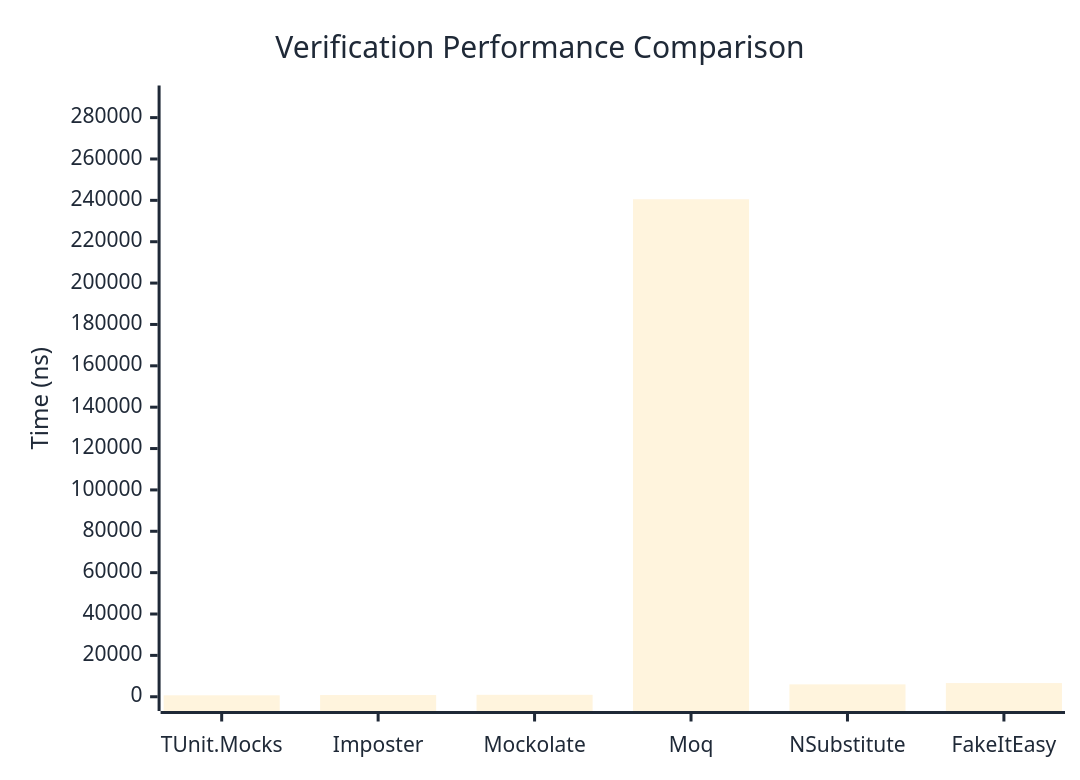
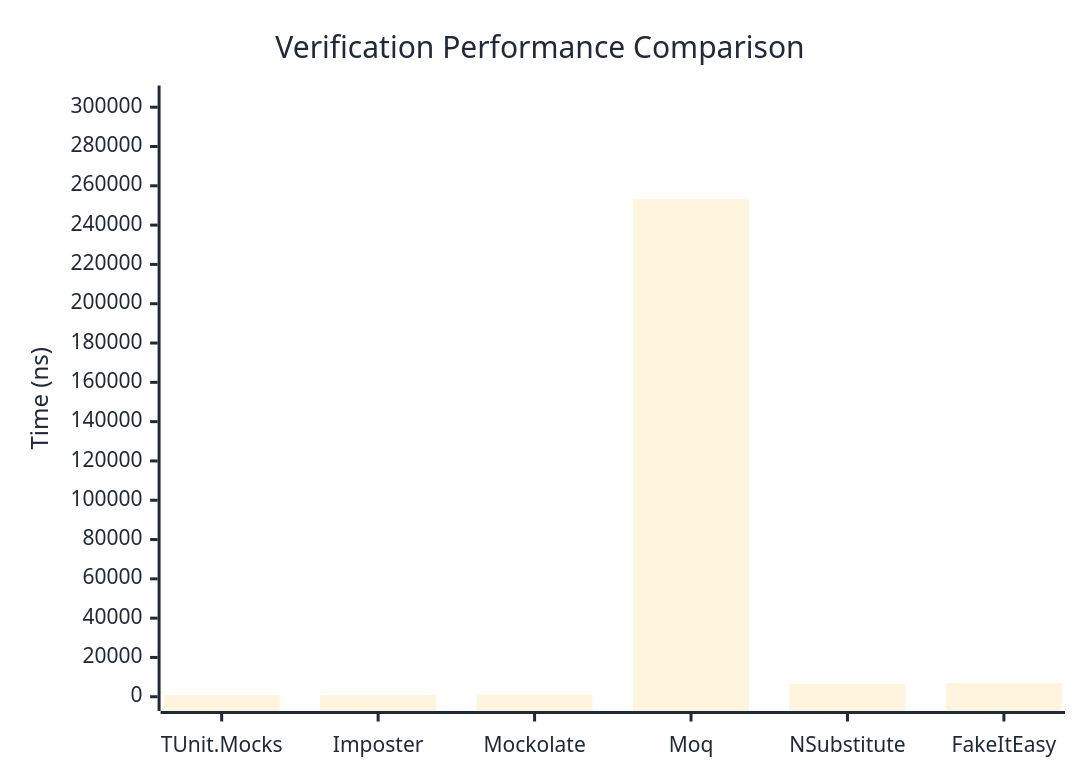
One commit to thomhurst/TUnit changed the first of 3 diagrams in docs/docs/benchmarks/mocks/Verification.md. Above: the diagram before and after it, drawn with Mermaid. The commit also changed other lines of this file and 14 other files, not shown here.

````diff
--- a/docs/docs/benchmarks/mocks/Verification.md
+++ b/docs/docs/benchmarks/mocks/Verification.md
@@ -28,27 +28,27 @@
 ```mermaid
 %%{init: {
   'theme':'base',
   'themeVariables': {
     'primaryColor': '#2563eb',
     'primaryTextColor': '#1f2937',
     'primaryBorderColor': '#1e40af',
     'lineColor': '#6b7280',
     'secondaryColor': '#7c3aed',
     'tertiaryColor': '#dc2626',
     'background': '#ffffff',
     'pie1': '#2563eb',
     'pie2': '#7c3aed',
     'pie3': '#dc2626',
     'pie4': '#f59e0b',
     'pie5': '#10b981',
     'pie6': '#06b6d4',
     'pie7': '#ec4899',
     'pie8': '#6366f1'
   }
 }}%%
 xychart-beta
   title "Verification Performance Comparison"
   x-axis ["TUnit.Mocks", "Imposter", "Mockolate", "Moq", "NSubstitute", "FakeItEasy"]
-  y-axis "Time (ns)" 0 --> 288639
-  bar [696.77, 818.6, 934.93, 240532.48, 5983.82, 6611.56]
+  y-axis "Time (ns)" 0 --> 303793
+  bar [795.79, 828.2, 1051.88, 253160.05, 6476.44, 6997.74]
 ```
````
